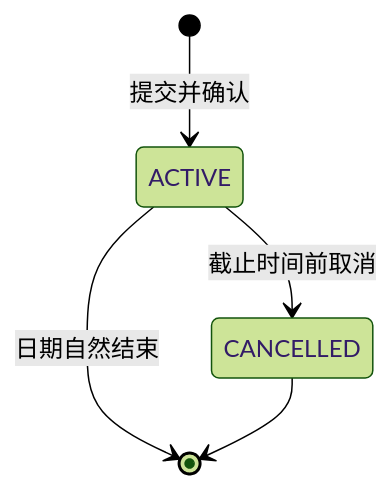
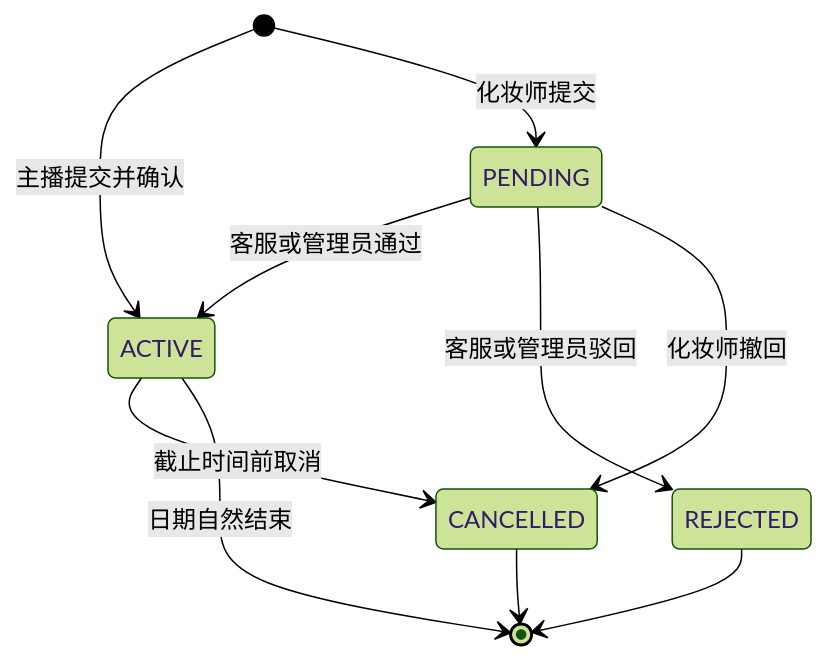
The sixth of 6 diagrams in docs/业务规则与状态流转.md (kusento173-del/makeup-booking-system), drawn with Mermaid (forest theme) before and after one commit. The commit also changed other lines of this file and 48 other files, not shown here.

````diff
--- a/docs/业务规则与状态流转.md
+++ b/docs/业务规则与状态流转.md
@@ -526,7 +527,12 @@
 ```mermaid
 stateDiagram-v2
-    [*] --> ACTIVE: 提交并确认
+    [*] --> ACTIVE: 主播提交并确认
+    [*] --> PENDING: 化妆师提交
+    PENDING --> ACTIVE: 客服或管理员通过
+    PENDING --> REJECTED: 客服或管理员驳回
+    PENDING --> CANCELLED: 化妆师撤回
     ACTIVE --> CANCELLED: 截止时间前取消
     ACTIVE --> [*]: 日期自然结束
+    REJECTED --> [*]
     CANCELLED --> [*]
 ```
````
